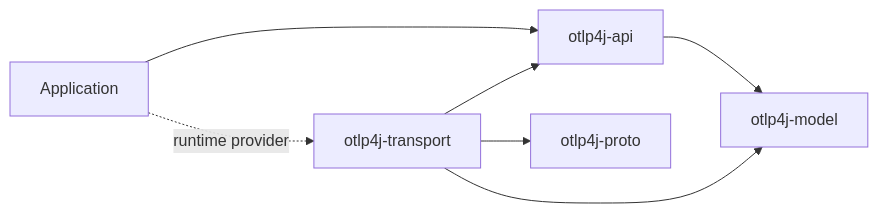
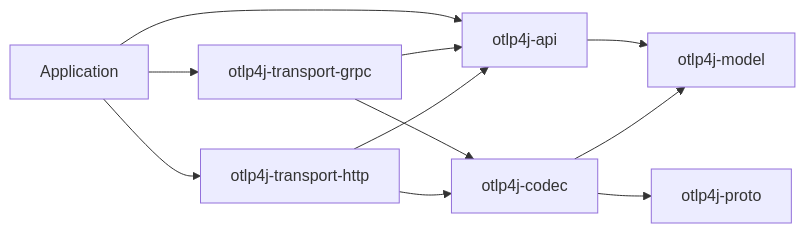
Before and after one commit to thiagogcm/otlp4j: the first of 2 diagrams in docs/architecture.md, drawn with Mermaid. The commit also changed other lines of this file and 7 other files, not shown here.

````diff
--- a/docs/architecture.md
+++ b/docs/architecture.md
@@ -9,9 +9,13 @@
 ```mermaid
 flowchart LR
     application[Application] --> api[otlp4j-api]
+    application --> grpc[otlp4j-transport-grpc]
+    application --> http[otlp4j-transport-http]
     api --> model[otlp4j-model]
-    application -. runtime provider .-> transport[otlp4j-transport]
-    transport --> api
-    transport --> model
-    transport --> proto[otlp4j-proto]
+    grpc --> api
+    grpc --> codec[otlp4j-codec]
+    http --> api
+    http --> codec
+    codec --> model
+    codec --> proto[otlp4j-proto]
 ```
````
